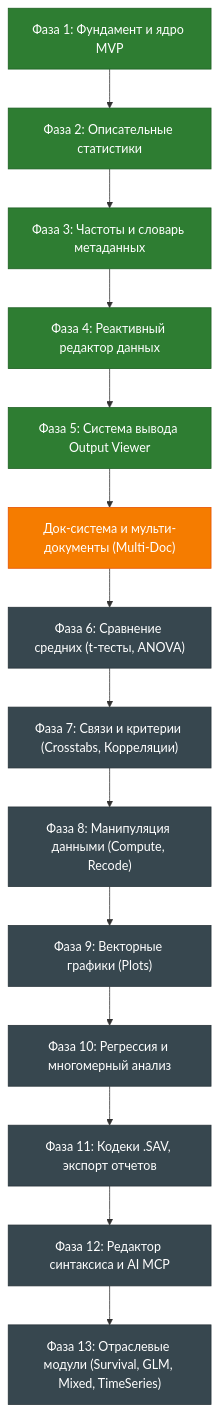
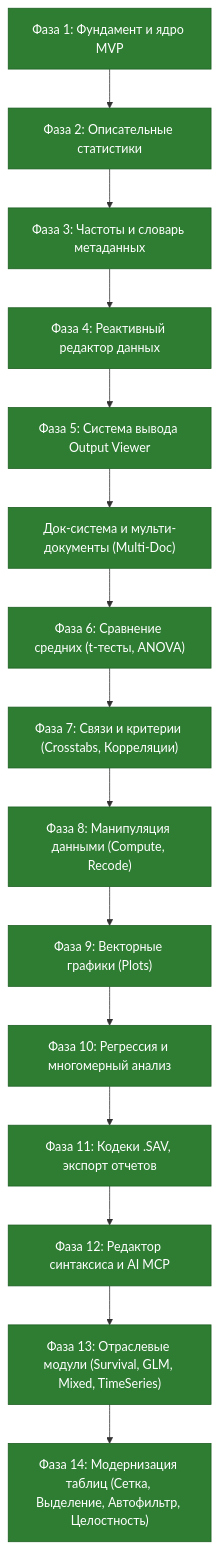
The diagram in docs/ROADMAP.md (kobaltgit/StatCraft), drawn with Mermaid before and after one commit. The commit also changed other lines of this file and 9 other files, not shown here.

Commit message:
docs: bring FEATURES, ROADMAP, README, CHECKLIST, and CHRONICLE up to date for v0.4.0

````diff
--- a/docs/ROADMAP.md
+++ b/docs/ROADMAP.md
@@ -22,24 +22,23 @@
 ```mermaid
 flowchart TD
     M1["Фаза 1: Фундамент и ядро MVP"] --> M2["Фаза 2: Описательные статистики"]
     M2 --> M3["Фаза 3: Частоты и словарь метаданных"]
     M3 --> M4["Фаза 4: Реактивный редактор данных"]
     M4 --> M5["Фаза 5: Система вывода Output Viewer"]
     M5 --> M_DOCK["Док-система и мульти-документы (Multi-Doc)"]
     M_DOCK --> M6["Фаза 6: Сравнение средних (t-тесты, ANOVA)"]
     M6 --> M7["Фаза 7: Связи и критерии (Crosstabs, Корреляции)"]
     M7 --> M8["Фаза 8: Манипуляция данными (Compute, Recode)"]
     M8 --> M9["Фаза 9: Векторные графики (Plots)"]
     M9 --> M10["Фаза 10: Регрессия и многомерный анализ"]
     M10 --> M11["Фаза 11: Кодеки .SAV, экспорт отчетов"]
     M11 --> M12["Фаза 12: Редактор синтаксиса и AI MCP"]
     M12 --> M13["Фаза 13: Отраслевые модули (Survival, GLM, Mixed, TimeSeries)"]
+    M13 --> M14["Фаза 14: Модернизация таблиц (Сетка, Выделение, Автофильтр, Целостность)"]
 
     classDef done fill:#2e7d32,stroke:#1b5e20,color:#fff;
     classDef inprogress fill:#f57c00,stroke:#e65100,color:#fff;
     classDef planned fill:#37474f,stroke:#263238,color:#fff;
 
-    class M1,M2,M3,M4,M5 done;
-    class M_DOCK inprogress;
-    class M6,M7,M8,M9,M10,M11,M12,M13 planned;
+    class M1,M2,M3,M4,M5,M_DOCK,M6,M7,M8,M9,M10,M11,M12,M13,M14 done;
 ```
````
